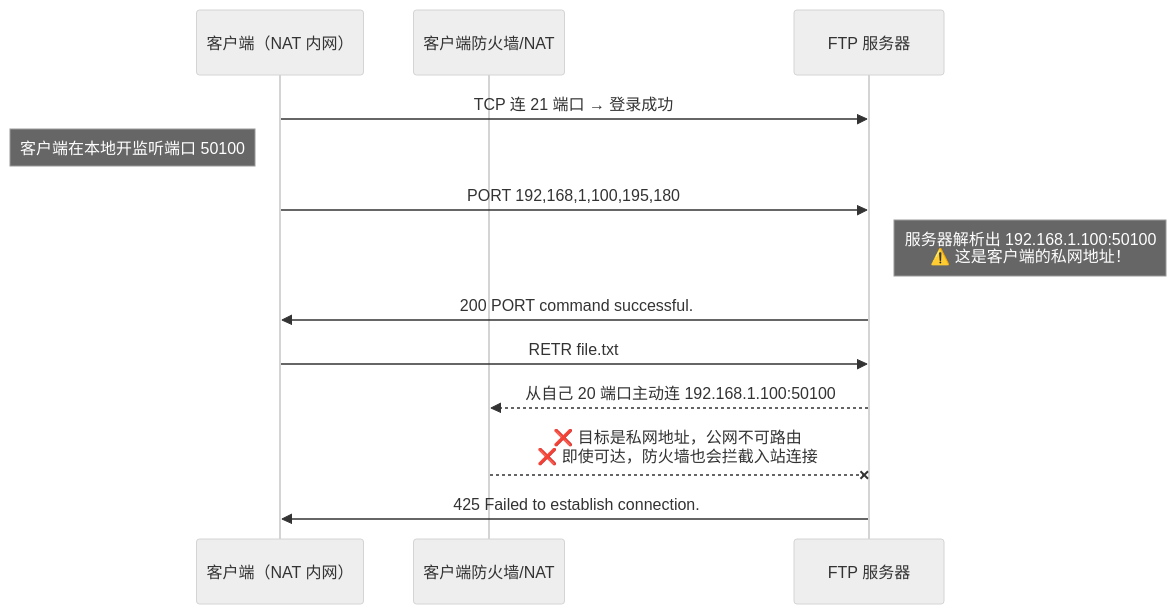
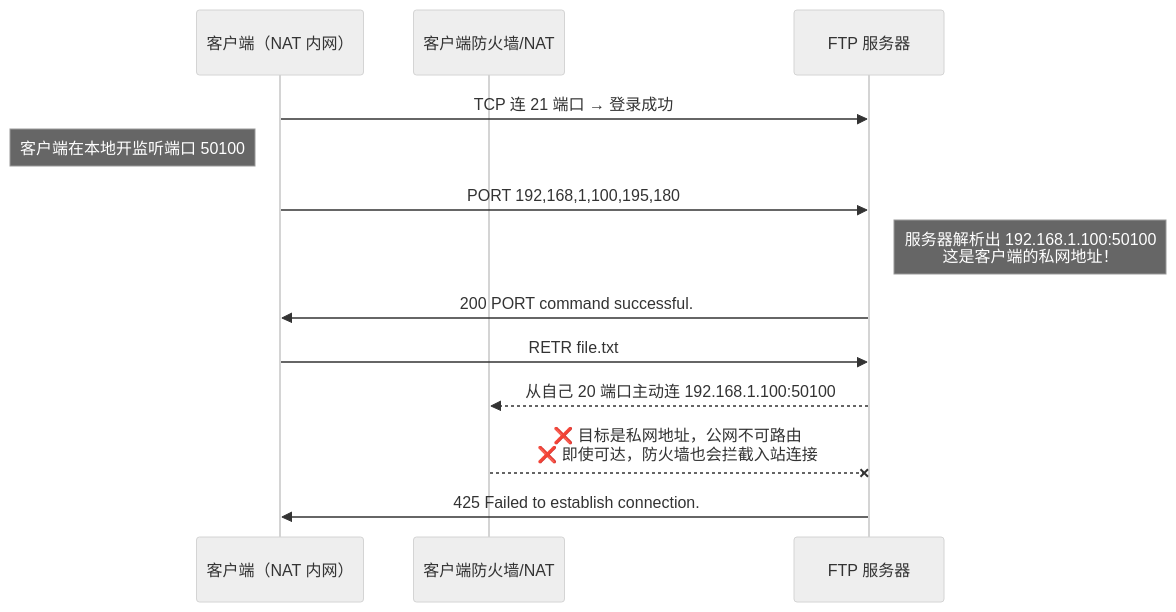
Before and after one commit to 106-official/deepsleep-blog: the second of 4 diagrams in content/learn/network-protocols/15-ftp/01-原理与报文.md, drawn with Mermaid (neutral theme). The commit also changed other lines of this file and 89 other files, not shown here.

````diff
--- a/content/learn/network-protocols/15-ftp/01-原理与报文.md
+++ b/content/learn/network-protocols/15-ftp/01-原理与报文.md
@@ -231,16 +231,16 @@
 ```mermaid
 sequenceDiagram
     participant C as 客户端（NAT 内网）
     participant F as 客户端防火墙/NAT
     participant S as FTP 服务器
 
     C->>S: TCP 连 21 端口 → 登录成功
     Note left of C: 客户端在本地开监听端口 50100
     C->>S: PORT 192,168,1,100,195,180
-    Note right of S: 服务器解析出 192.168.1.100:50100<br/>⚠️ 这是客户端的私网地址！
+    Note right of S: 服务器解析出 192.168.1.100:50100<br/>这是客户端的私网地址！
     S->>C: 200 PORT command successful.
     C->>S: RETR file.txt
     S-->>F: 从自己 20 端口主动连 192.168.1.100:50100
     F--xS: ❌ 目标是私网地址，公网不可路由<br/>❌ 即使可达，防火墙也会拦截入站连接
     S->>C: 425 Failed to establish connection.
 ```
````
